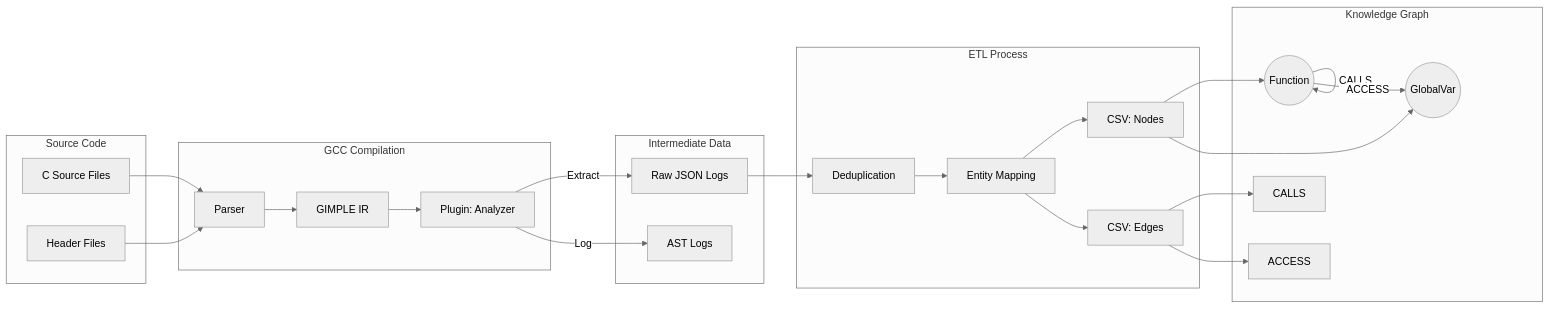
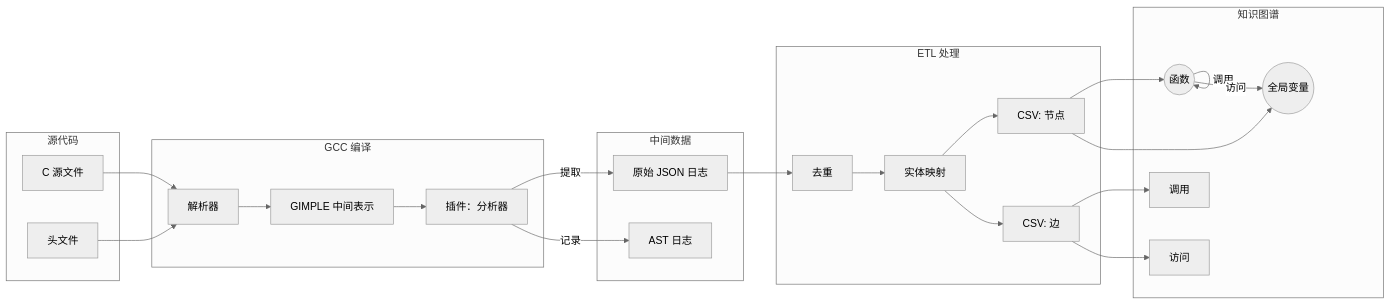
The fourth of 7 diagrams in README.md (lehengzhangJacob/Linux_kernel_safety_tool), drawn with Mermaid (neutral theme) before and after one commit. The commit also changed other lines of this file, not shown here.

Commit message:
Translate all mermaid diagrams to Chinese

````diff
--- a/README.md
+++ b/README.md
@@ -133,49 +133,49 @@
 ```mermaid
 graph LR
-    subgraph "Source Code"
-        S1[C Source Files]
-        S2[Header Files]
+    subgraph "源代码"
+        S1[C 源文件]
+        S2[头文件]
     end
 
-    subgraph "GCC Compilation"
-        G1[Parser]
-        G2[GIMPLE IR]
-        P1[Plugin: Analyzer]
+    subgraph "GCC 编译"
+        G1[解析器]
+        G2[GIMPLE 中间表示]
+        P1[插件：分析器]
     end
 
-    subgraph "Intermediate Data"
-        D1[Raw JSON Logs]
-        D2[AST Logs]
+    subgraph "中间数据"
+        D1[原始 JSON 日志]
+        D2[AST 日志]
     end
 
-    subgraph "ETL Process"
-        E1[Deduplication]
-        E2[Entity Mapping]
-        D3[CSV: Nodes]
-        D4[CSV: Edges]
+    subgraph "ETL 处理"
+        E1[去重]
+        E2[实体映射]
+        D3[CSV: 节点]
+        D4[CSV: 边]
     end
 
-    subgraph "Knowledge Graph"
-        N1((Function))
-        N2((GlobalVar))
-        R1[CALLS]
-        R2[ACCESS]
+    subgraph "知识图谱"
+        N1((函数))
+        N2((全局变量))
+        R1[调用]
+        R2[访问]
     end
 
     S1 --> G1
     S2 --> G1
     G1 --> G2
     G2 --> P1
-    P1 -->|Extract| D1
-    P1 -->|Log| D2
+    P1 -->|提取| D1
+    P1 -->|记录| D2
     D1 --> E1
     E1 --> E2
     E2 --> D3
     E2 --> D4
     D3 --> N1
     D3 --> N2
     D4 --> R1
     D4 --> R2
-    N1 -->|CALLS| N1
-    N1 -->|ACCESS| N2
+    N1 -->|调用| N1
+    N1 -->|访问| N2
 ```
````
